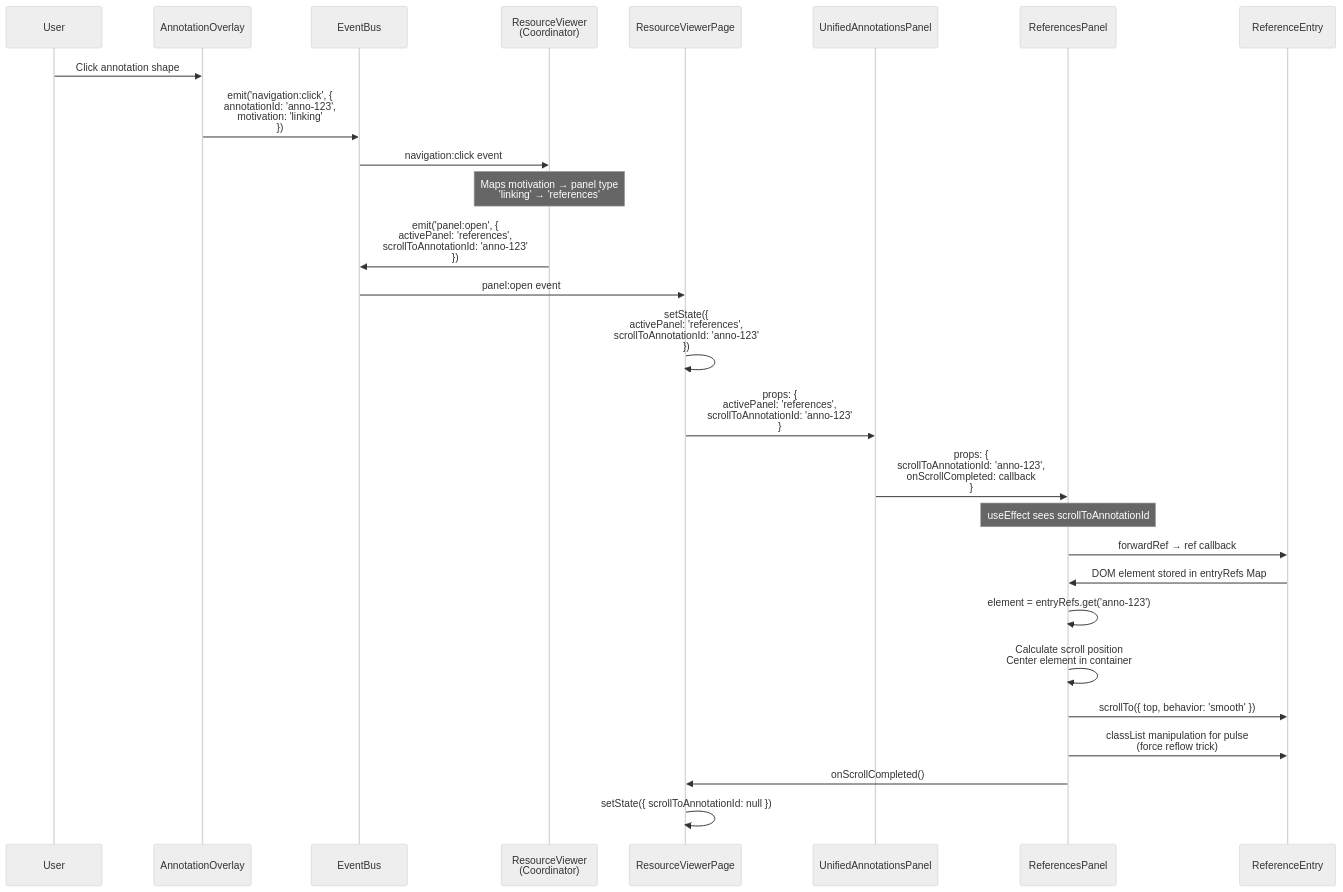
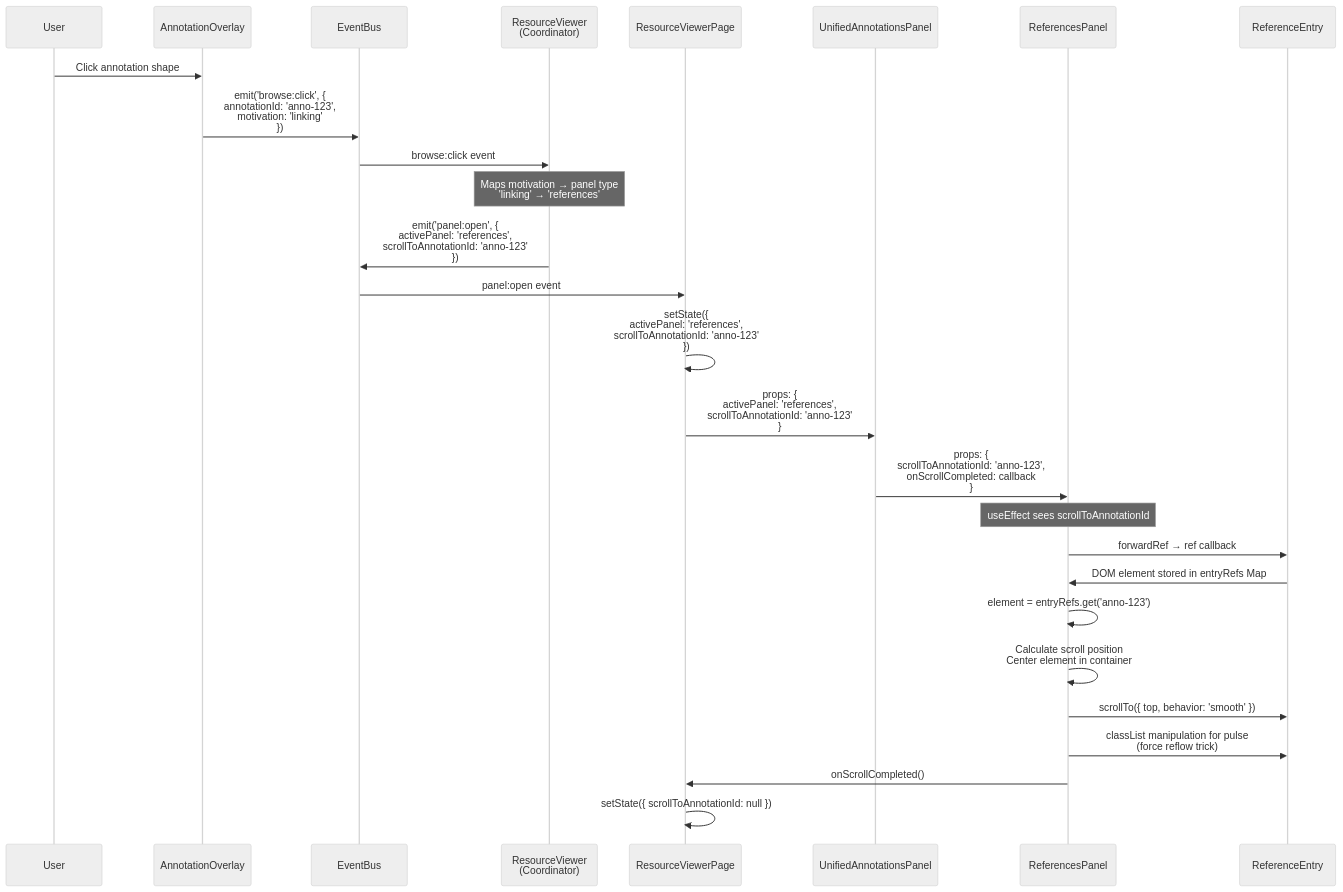
The first of 3 diagrams in packages/react-ui/docs/ANNOTATION-CLICK.md (The-AI-Alliance/semiont), drawn with Mermaid (neutral theme) before and after one commit. The commit also changed other lines of this file and 114 other files, not shown here.

Commit message:
simpler flow names

````diff
--- a/packages/react-ui/docs/ANNOTATION-CLICK.md
+++ b/packages/react-ui/docs/ANNOTATION-CLICK.md
@@ -144,38 +144,38 @@
 ```mermaid
 sequenceDiagram
     participant User
     participant Overlay as AnnotationOverlay
     participant Bus as EventBus
     participant Coord as ResourceViewer<br/>(Coordinator)
     participant Page as ResourceViewerPage
     participant Panel as UnifiedAnnotationsPanel
     participant Specific as ReferencesPanel
     participant Entry as ReferenceEntry
 
     User->>Overlay: Click annotation shape
-    Overlay->>Bus: emit('navigation:click', {<br/>  annotationId: 'anno-123',<br/>  motivation: 'linking'<br/>})
-    Bus->>Coord: navigation:click event
+    Overlay->>Bus: emit('browse:click', {<br/>  annotationId: 'anno-123',<br/>  motivation: 'linking'<br/>})
+    Bus->>Coord: browse:click event
 
     Note over Coord: Maps motivation → panel type<br/>'linking' → 'references'
 
     Coord->>Bus: emit('panel:open', {<br/>  activePanel: 'references',<br/>  scrollToAnnotationId: 'anno-123'<br/>})
     Bus->>Page: panel:open event
 
     Page->>Page: setState({<br/>  activePanel: 'references',<br/>  scrollToAnnotationId: 'anno-123'<br/>})
 
     Page->>Panel: props: {<br/>  activePanel: 'references',<br/>  scrollToAnnotationId: 'anno-123'<br/>}
     Panel->>Specific: props: {<br/>  scrollToAnnotationId: 'anno-123',<br/>  onScrollCompleted: callback<br/>}
 
     Note over Specific: useEffect sees scrollToAnnotationId
 
     Specific->>Entry: forwardRef → ref callback
     Entry->>Specific: DOM element stored in entryRefs Map
 
     Specific->>Specific: element = entryRefs.get('anno-123')
     Specific->>Specific: Calculate scroll position<br/>Center element in container
     Specific->>Entry: scrollTo({ top, behavior: 'smooth' })
     Specific->>Entry: classList manipulation for pulse<br/>(force reflow trick)
     Specific->>Page: onScrollCompleted()
 
     Page->>Page: setState({ scrollToAnnotationId: null })
 ```
````
